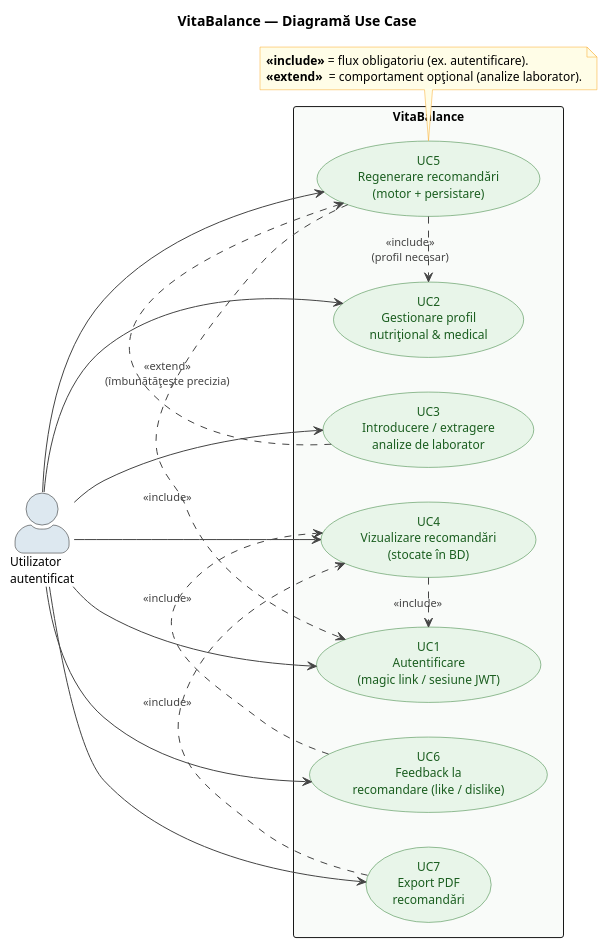
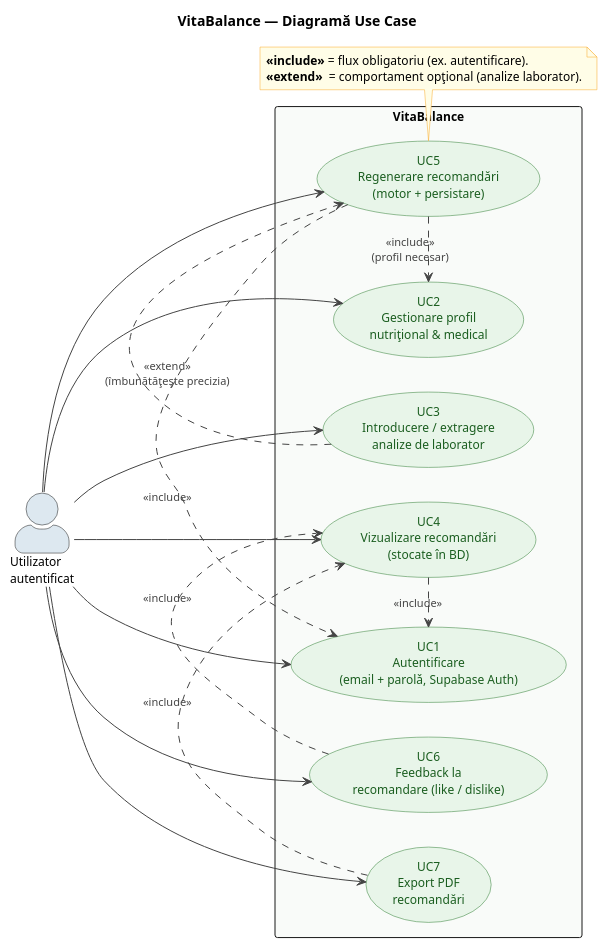
Before and after one commit to CalinGraphics/VitaBalance: the diagram in docs/diagrams/uml-use-case-diagram.puml, drawn with PlantUML. The commit also changed 25 other files, not shown here.

First line of the commit message:
Move login to Supabase Auth and drop the self-signed JWT

```diff
--- a/docs/diagrams/uml-use-case-diagram.puml
+++ b/docs/diagrams/uml-use-case-diagram.puml
@@ -1,55 +1,55 @@
 @startuml VitaBalance_Use_Case
 title VitaBalance — Diagramă Use Case
 
 skinparam shadowing false
 skinparam backgroundColor #FFFFFF
 skinparam defaultFontName "Segoe UI"
 skinparam defaultFontSize 12
 skinparam actorStyle awesome
 skinparam usecaseBackgroundColor #E8F5E9
 skinparam usecaseBorderColor #2E7D32
 skinparam usecaseFontSize 12
 skinparam usecaseFontColor #1B5E20
 skinparam ArrowColor #444444
 skinparam ArrowFontColor #444444
 skinparam ArrowFontSize 11
 skinparam noteBackgroundColor #FFFDE7
 skinparam noteBorderColor #F9A825
 
 left to right direction
 
 actor "Utilizator\nautentificat" as U #DDE8F0
 
 rectangle "VitaBalance" #F9FBF9 {
 
-  usecase "UC1\nAutentificare\n(magic link / sesiune JWT)" as UC1
+  usecase "UC1\nAutentificare\n(email + parolǎ, Supabase Auth)" as UC1
   usecase "UC2\nGestionare profil\nnutriţional & medical" as UC2
   usecase "UC3\nIntroducere / extragere\nanalize de laborator" as UC3
   usecase "UC4\nVizualizare recomandări\n(stocate în BD)" as UC4
   usecase "UC5\nRegenerare recomandări\n(motor + persistare)" as UC5
   usecase "UC6\nFeedback la\nrecomandare (like / dislike)" as UC6
   usecase "UC7\nExport PDF\nrecomandări" as UC7
 
 }
 
 U --> UC1
 U --> UC2
 U --> UC3
 U --> UC4
 U --> UC5
 U --> UC6
 U --> UC7
 
 UC5 .right.> UC2 : <<include>>\n(profil necesar)
 UC3 .right.> UC5 : <<extend>>\n(îmbunătăţeşte precizia)
 UC4 .right.> UC1 : <<include>>
 UC5 .right.> UC1 : <<include>>
 UC6 .right.> UC4 : <<include>>
 UC7 .right.> UC4 : <<include>>
 
 note bottom of UC5
   **<<include>>** = flux obligatoriu (ex. autentificare).
   **<<extend>>**  = comportament opţional (analize laborator).
 end note
 
 @enduml
```
